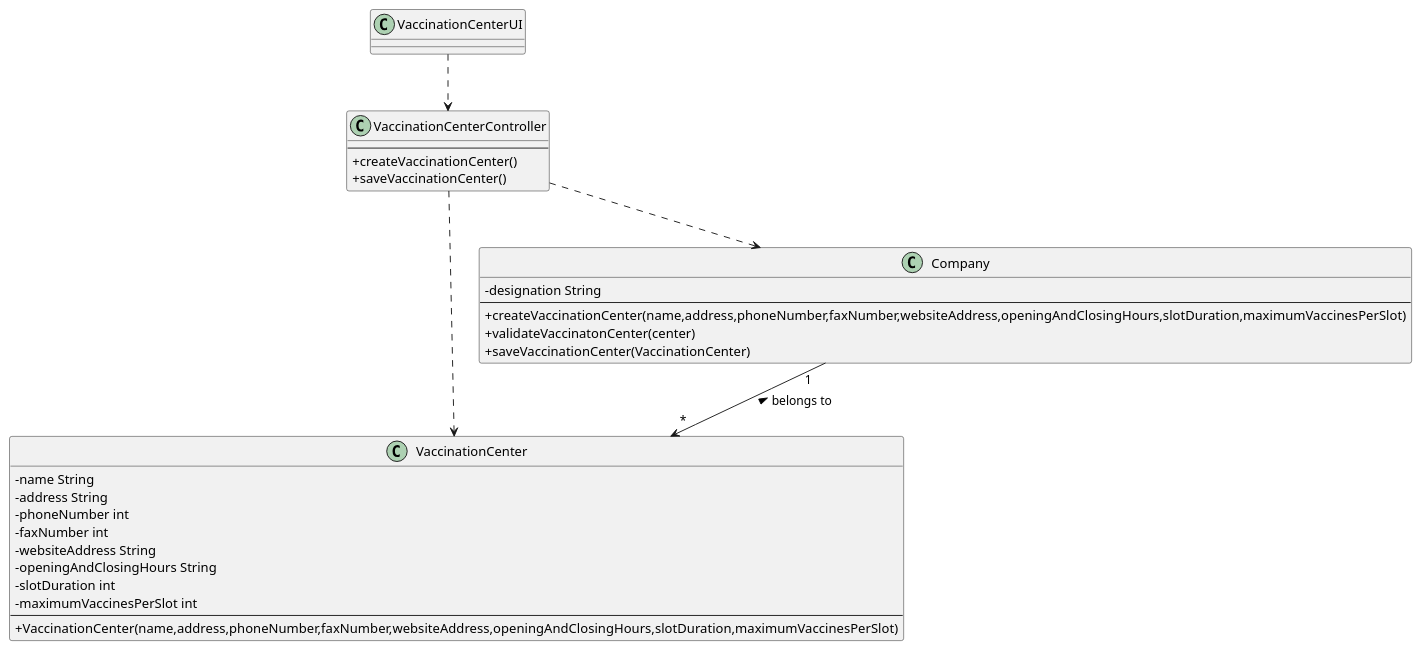
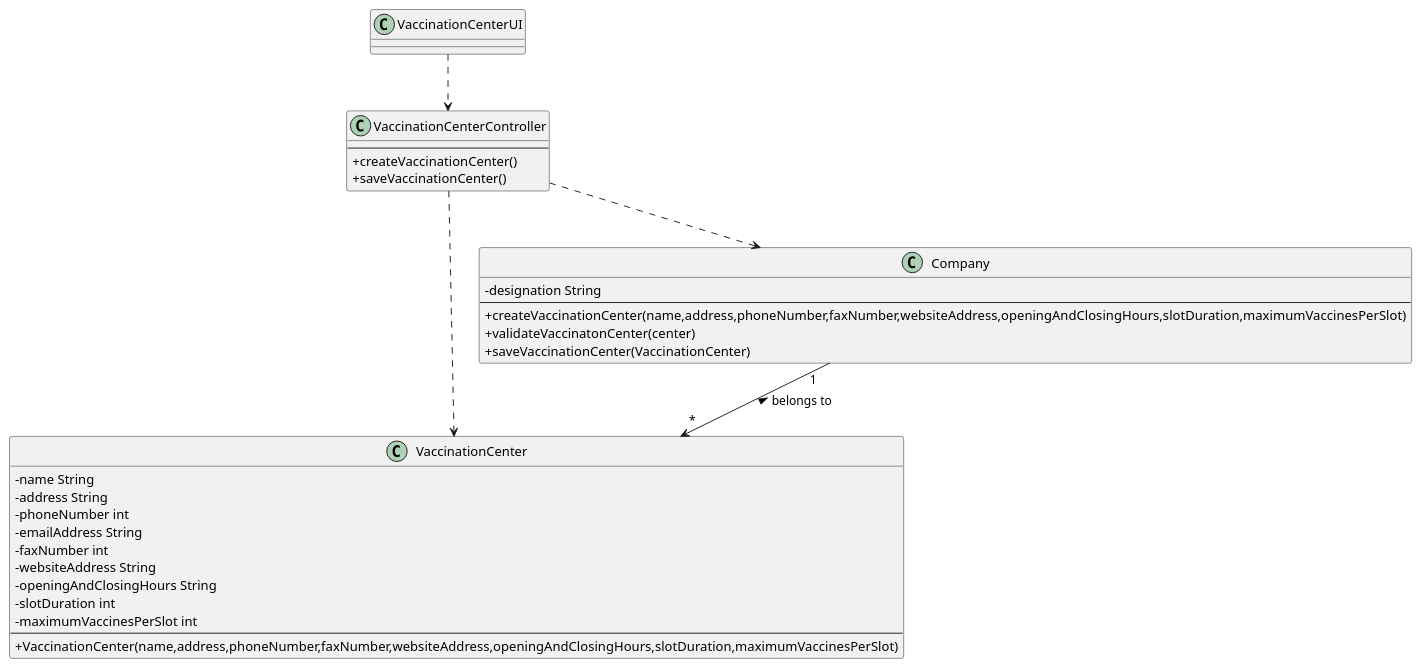
Before and after one commit to miseEnPlace-i/lapr2: the diagram in docs/SprintB/US09/CD/US09_CD.puml, drawn with PlantUML. The commit also changed 5 other files, not shown here.

```diff
--- a/docs/SprintB/US09/CD/US09_CD.puml
+++ b/docs/SprintB/US09/CD/US09_CD.puml
@@ -1,39 +1,40 @@
 @startuml US09_CD
 skinparam classAttributeIconSize 0
 
 class VaccinationCenter {
   - name String
   - address String
   - phoneNumber int
+  - emailAddress String
   - faxNumber int
   - websiteAddress String
   - openingAndClosingHours String
   - slotDuration int
   - maximumVaccinesPerSlot int
   ---
  +VaccinationCenter(name,address,phoneNumber,faxNumber,websiteAddress,openingAndClosingHours,slotDuration,maximumVaccinesPerSlot)
 }
 
 
 class Company {
   -designation String
   ---
   +createVaccinationCenter(name,address,phoneNumber,faxNumber,websiteAddress,openingAndClosingHours,slotDuration,maximumVaccinesPerSlot)
   +validateVaccinatonCenter(center)
   +saveVaccinationCenter(VaccinationCenter)
 }
 
 class VaccinationCenterController {
   ---
   +createVaccinationCenter()
   +saveVaccinationCenter()
 }
 
 class VaccinationCenterUI {}
 
 VaccinationCenterUI ..> VaccinationCenterController
 VaccinationCenterController ..> Company
 Company "1" --> "*" VaccinationCenter : belongs to <
 VaccinationCenterController ..> VaccinationCenter
 
 @enduml
```
